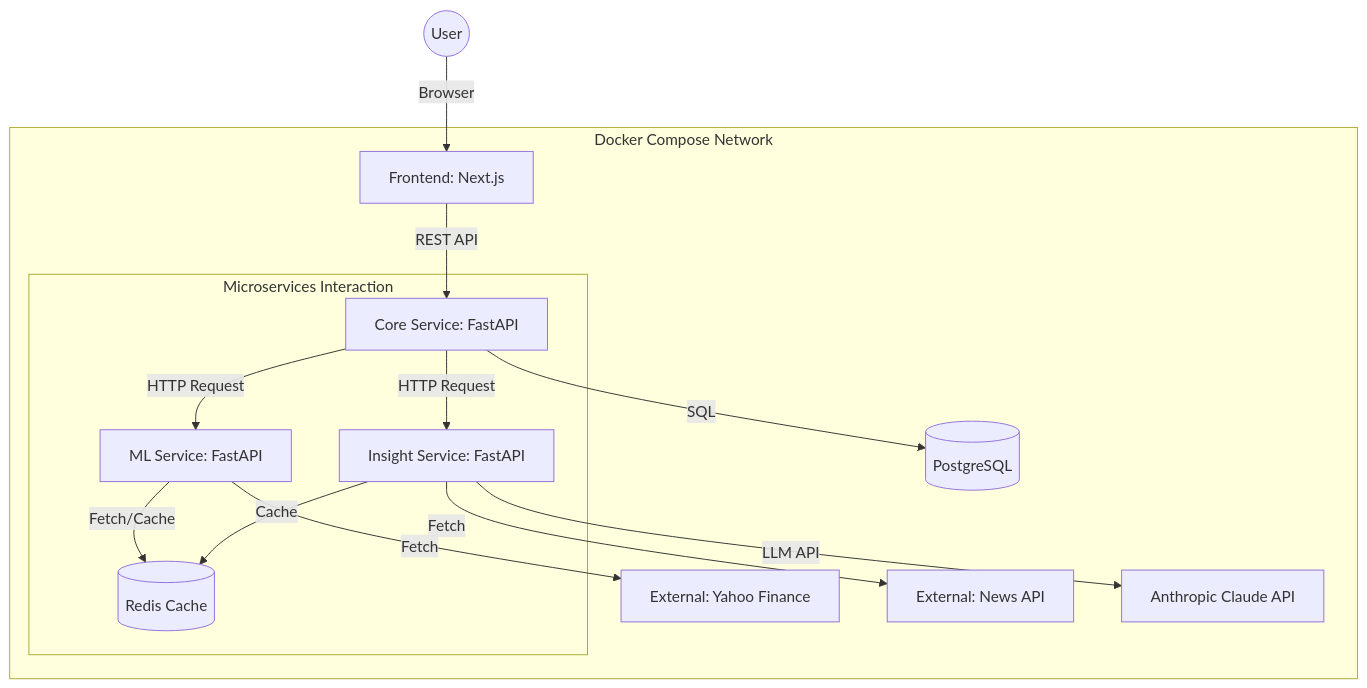
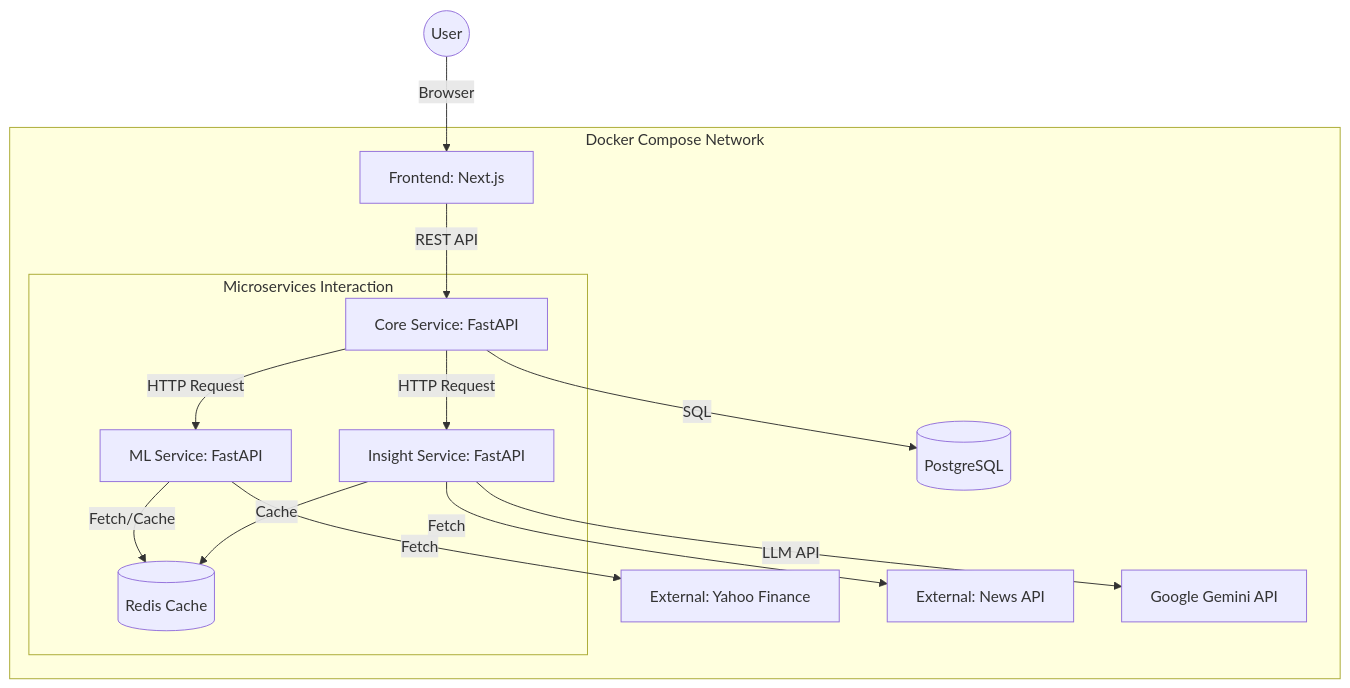
One commit to ryunote/AST-WebApp changed the diagram in README.md. Above: the diagram before and after it, drawn with Mermaid. The commit also changed other lines of this file, not shown here.

First line of the commit message:
docs: README を Insight Service 実装完了に合わせて更新

````diff
--- a/README.md
+++ b/README.md
@@ -25,20 +25,20 @@
 ```mermaid
 graph TD
     User((User)) -->|Browser| Front[Frontend: Next.js]
     
     subgraph "Docker Compose Network"
         Front -->|REST API| Core[Core Service: FastAPI]
         
         subgraph "Microservices Interaction"
             Core -->|HTTP Request| ML[ML Service: FastAPI]
             Core -->|HTTP Request| Insight[Insight Service: FastAPI]
             ML -->|Fetch/Cache| Redis[(Redis Cache)]
             Insight -->|Cache| Redis
         end
         
         Core -->|SQL| DB[(PostgreSQL)]
         ML -->|Fetch| Yahoo[External: Yahoo Finance]
         Insight -->|Fetch| NewsAPI[External: News API]
-        Insight -->|LLM API| Claude[Anthropic Claude API]
+        Insight -->|LLM API| Gemini[Google Gemini API]
     end
 ```
````
